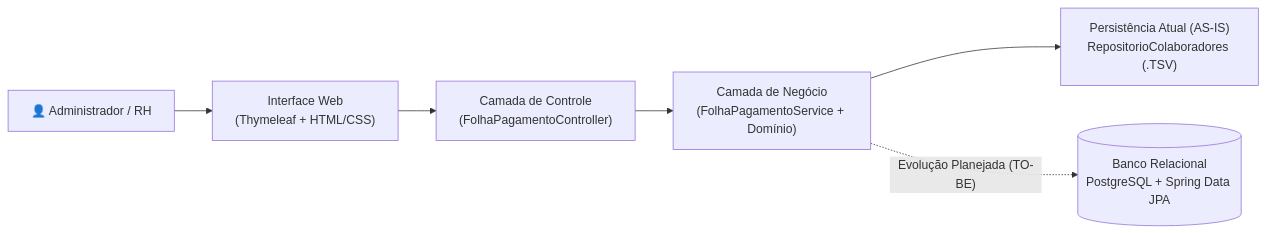
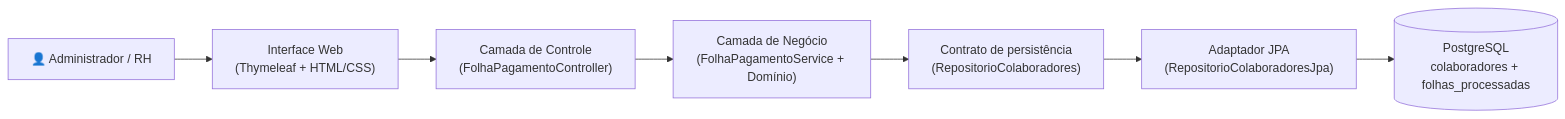
Before and after one commit to aruwer/FolhaPagamento: the fifth of 5 diagrams in docs/Arquitetura.md, drawn with Mermaid. The commit also changed other lines of this file and 41 other files, not shown here.

````diff
--- a/docs/Arquitetura.md
+++ b/docs/Arquitetura.md
@@ -229,8 +279,9 @@
 ```mermaid
 flowchart LR
     Usuario["👤 Administrador / RH"] --> View["Interface Web<br/>(Thymeleaf + HTML/CSS)"]
     View --> Controller["Camada de Controle<br/>(FolhaPagamentoController)"]
     Controller --> Service["Camada de Negócio<br/>(FolhaPagamentoService + Domínio)"]
-    Service --> RepoAtual["Persistência Atual (AS-IS)<br/>RepositorioColaboradores (.TSV)"]
-    Service -. "Evolução Planejada (TO-BE)" .-> RepoAlvo[("Banco Relacional<br/>PostgreSQL + Spring Data JPA")]
+    Service --> Repository["Contrato de persistência<br/>(RepositorioColaboradores)"]
+    Repository --> Adapter["Adaptador JPA<br/>(RepositorioColaboradoresJpa)"]
+    Adapter --> Database[("PostgreSQL<br/>colaboradores + folhas_processadas")]
 ```
````
